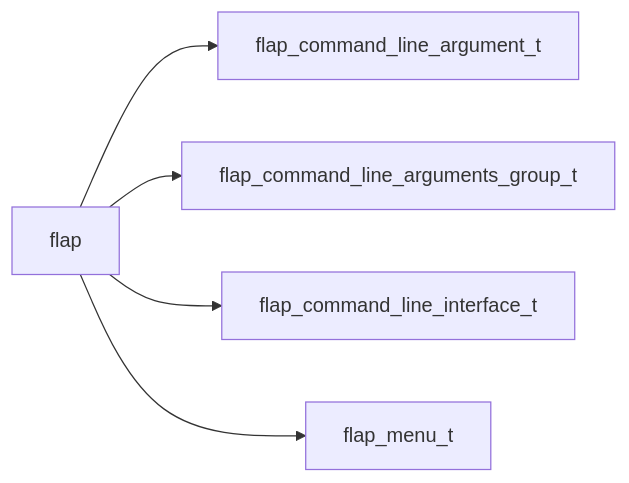
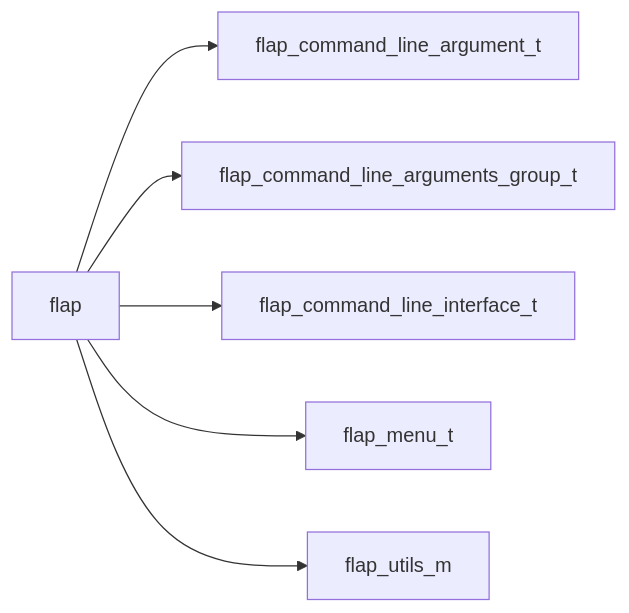
Before and after one commit to szaghi/FLAP: the diagram in docs/api/src/lib/flap.md, drawn with Mermaid. The commit also changed 20 other files, not shown here.

````diff
--- a/docs/api/src/lib/flap.md
+++ b/docs/api/src/lib/flap.md
@@ -14,7 +14,8 @@
 ```mermaid
 graph LR
   flap["flap"] --> flap_command_line_argument_t["flap_command_line_argument_t"]
   flap["flap"] --> flap_command_line_arguments_group_t["flap_command_line_arguments_group_t"]
   flap["flap"] --> flap_command_line_interface_t["flap_command_line_interface_t"]
   flap["flap"] --> flap_menu_t["flap_menu_t"]
+  flap["flap"] --> flap_utils_m["flap_utils_m"]
 ```
````
